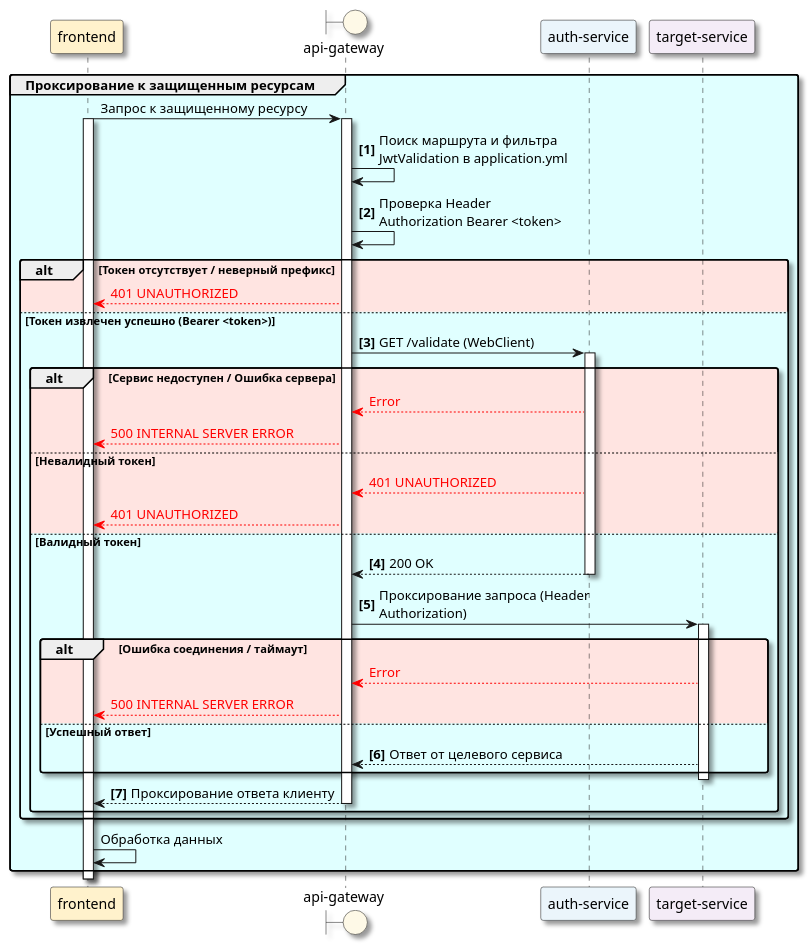
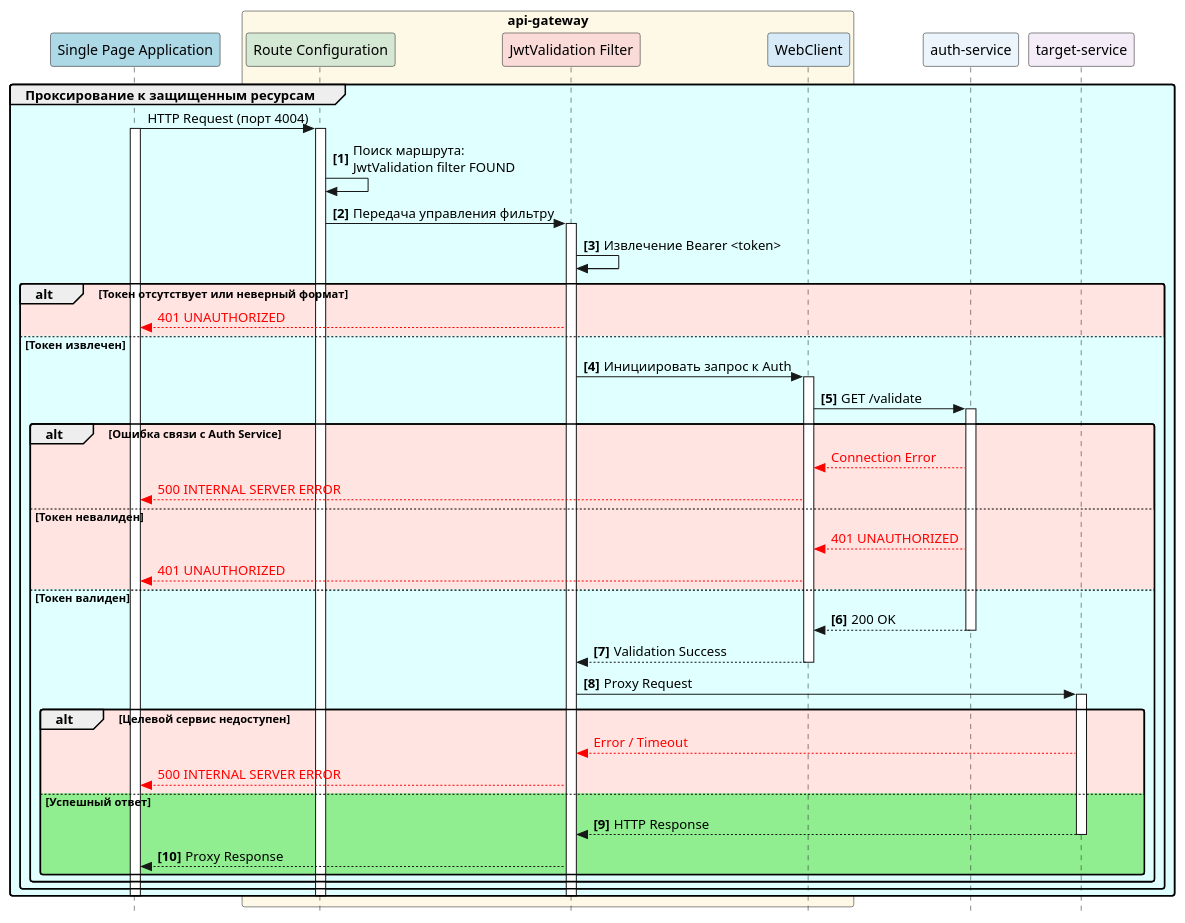
Before and after one commit to ni1a207/Healthcare-System: the diagram in Docs/As is/Diagrams/APIGateway.validate.puml, drawn with PlantUML. The commit also changed 9 other files, not shown here.

```diff
--- a/Docs/As is/Diagrams/APIGateway.validate.puml
+++ b/Docs/As is/Diagrams/APIGateway.validate.puml
@@ -1,125 +1,84 @@
 @startuml
+skinparam Shadowing true
+skinparam RoundCorner 5
+skinparam MaxMessageSize 250
+skinparam Style strictuml
 
-skinparam Shadowing true
+participant "Single Page Application" as SPA #LightBlue
 
-skinparam RoundCorner 5
-
-skinparam MaxMessageSize 250
-
-
-
-' Настройка участников
-
-participant "frontend" as FE #FFF2CC
-
-boundary "api-gateway" as GW #FEF9E7
+box "api-gateway" #FEF9E7
+    participant "Route Configuration" as RC #D5E8D4
+    participant "JwtValidation Filter" as Filter #FADBD8
+    participant "WebClient" as WC #D6EAF8
+end box
 
 participant "auth-service" as Auth #EBF5FB
-
 participant "target-service" as TS #F4ECF7
 
-
-
 autonumber "<b>[0]</b>"
-
+autonumber stop
 
 group #LightCyan Проксирование к защищенным ресурсам
-
-autonumber stop
-FE -> GW: Запрос к защищенному ресурсу
-
-activate FE #White
-
-activate GW
-
+    SPA -> RC: HTTP Request (порт 4004)
+    activate SPA
+    activate RC
 
 autonumber resume
-GW -> GW: Поиск маршрута и фильтра JwtValidation в application.yml
+    RC -> RC: Поиск маршрута:\nJwtValidation filter FOUND
 
-GW -> GW: Проверка Header \nAuthorization Bearer <token>
+    RC -> Filter: Передача управления фильтру
+    activate Filter
 
+    Filter -> Filter: Извлечение Bearer <token>
 
+    alt #MistyRose Токен отсутствует или неверный формат
+        autonumber stop
+        Filter --[#red]> SPA: <color:#red>401 UNAUTHORIZED</color>
+        autonumber resume
+    else #LightCyan Токен извлечен
 
-' Блок 1: Проверка наличия токена
+        Filter -> WC: Инициировать запрос к Auth
+        activate WC
 
-alt #MistyRose Токен отсутствует / неверный префикс
+        WC -> Auth: GET /validate
+        activate Auth
 
-autonumber stop
+        alt #MistyRose Ошибка связи с Auth Service
+            autonumber stop
+            Auth --[#red]> WC: <color:#red>Connection Error</color>
+            WC --[#red]> SPA: <color:#red>500 INTERNAL SERVER ERROR</color>
+            autonumber resume
+        else #MistyRose Токен невалиден
+            autonumber stop
+            Auth --[#red]> WC: <color:#red>401 UNAUTHORIZED</color>
+            WC --[#red]> SPA: <color:#red>401 UNAUTHORIZED</color>
+            autonumber resume
+        else #LightCyan Токен валиден
+            Auth --> WC: 200 OK
+            deactivate Auth
 
-GW --[#red]> FE: <font color="red">401 UNAUTHORIZED</font>
+            WC --> Filter: Validation Success
+            deactivate WC
 
-autonumber resume
+            Filter -> TS: Proxy Request
+            activate TS
 
-else #LightCyan Токен извлечен успешно (Bearer <token>)
+            alt #MistyRose Целевой сервис недоступен
+                autonumber stop
+                TS --[#red]> Filter: <color:#red>Error / Timeout</color>
+                Filter --[#red]> SPA: <color:#red>500 INTERNAL SERVER ERROR</color>
+                autonumber resume
+            else #LightGreen Успешный ответ
+                TS --> Filter: HTTP Response
+                deactivate TS
 
+                Filter --> SPA: Proxy Response
+            end
+        end
+    end
 
-
-' Блок 2: Запрос к Auth Service
-
-GW -> Auth: GET /validate (WebClient)
-
-activate Auth
-
-alt #MistyRose Сервис недоступен / Ошибка сервера
-
-autonumber stop
-
-Auth --[#red]> GW: <font color="red">Error</font>
-
-GW --[#red]> FE: <font color="red">500 INTERNAL SERVER ERROR</font>
-
-autonumber resume
-
-else #MistyRose Невалидный токен
-
-autonumber stop
-
-Auth --[#red]> GW: <font color="red">401 UNAUTHORIZED</font>
-
-GW --[#red]> FE: <font color="red">401 UNAUTHORIZED</font>
-
-autonumber resume
-
-
-
-else #LightCyan Валидный токен
-
-Auth --> GW: 200 OK
-
-deactivate Auth
-
-
-
-' Блок 3: Проксирование
-
-GW -> TS: Проксирование запроса (Header Authorization)
-
-activate TS
-    alt #MistyRose Ошибка соединения / таймаут
-        autonumber stop
-        TS --[#red]> GW: <font color="red">Error</font>
-        GW --[#red]> FE: <font color="red">500 INTERNAL SERVER ERROR</font>
-        autonumber resume
-
-    else #LightCyan Успешный ответ
-TS --> GW: Ответ от целевого сервиса
+    deactivate Filter
+    deactivate RC
+    deactivate SPA
 end
-deactivate TS
-
-GW --> FE: Проксирование ответа клиенту
-
-deactivate GW
-
-end
-
-end
-
-
-autonumber stop
-FE->FE: Обработка данных
-end
-
-
-
-
 @enduml
```
